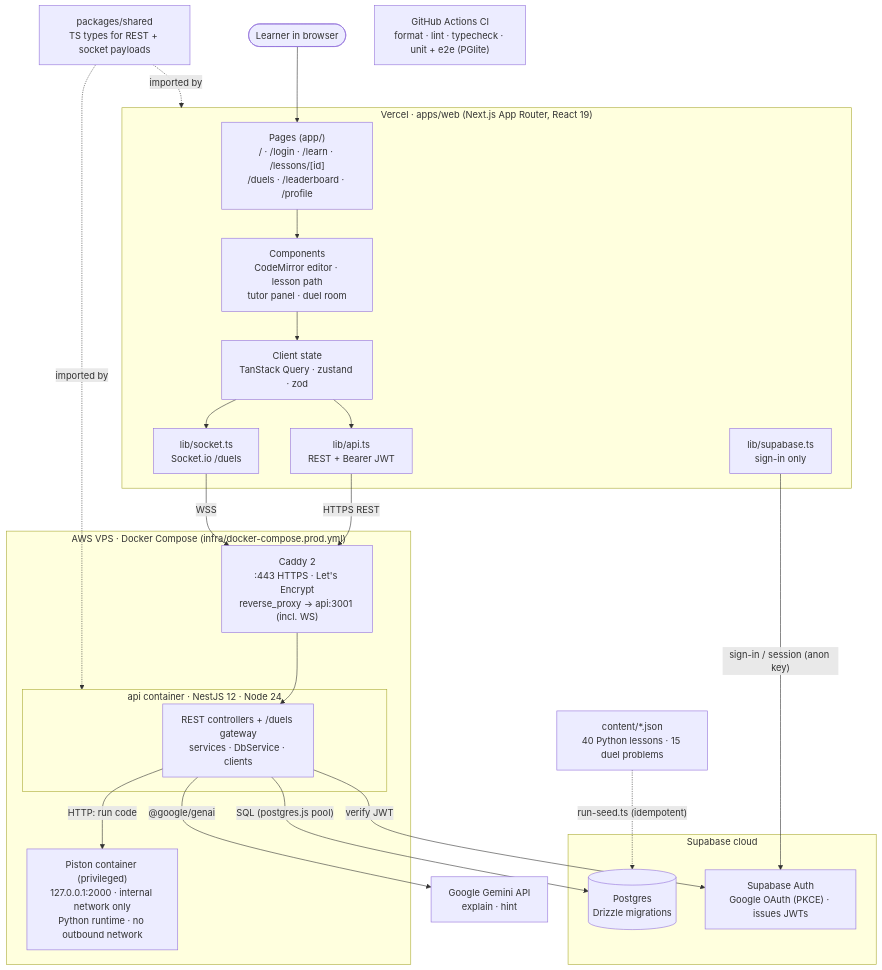
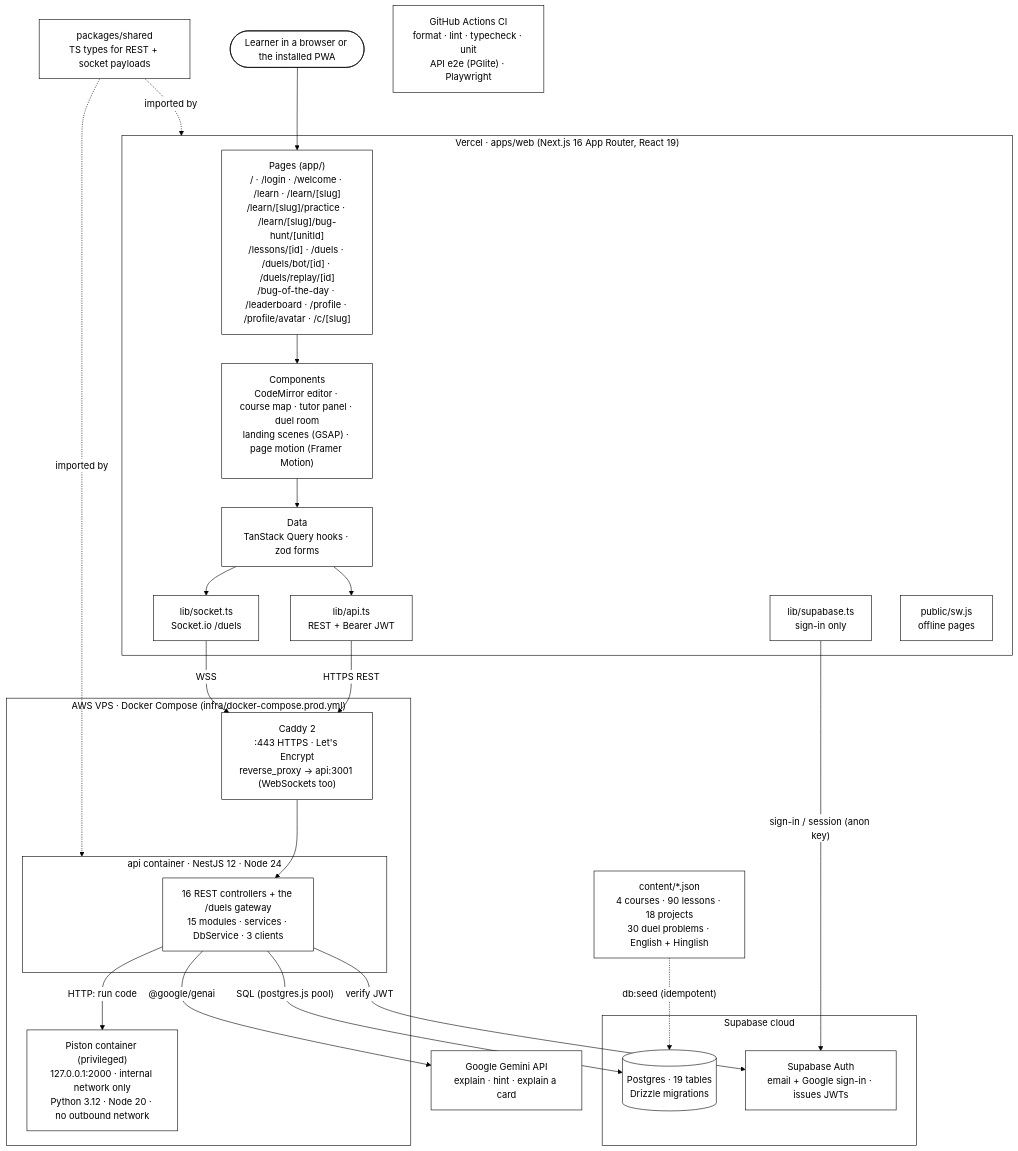
One commit to Hritik-sharmaa/loophole changed the first of 14 diagrams in docs/diagrams/architecture.md. Above: the diagram before and after it, drawn with Mermaid. The commit also changed other lines of this file and 4 other files, not shown here.

Commit message:
docs: add architecture and system design diagrams with documentation

````diff
--- a/docs/diagrams/architecture.md
+++ b/docs/diagrams/architecture.md
@@ -29,47 +35,49 @@
 ```mermaid
+%%{init: {"theme": "base", "themeVariables": {"background": "#ffffff", "primaryColor": "#ffffff", "primaryTextColor": "#000000", "primaryBorderColor": "#000000", "secondaryColor": "#ffffff", "tertiaryColor": "#ffffff", "lineColor": "#000000", "textColor": "#000000", "mainBkg": "#ffffff", "nodeBorder": "#000000", "clusterBkg": "#ffffff", "clusterBorder": "#000000", "edgeLabelBackground": "#ffffff", "titleColor": "#000000"}}}%%
 flowchart TB
-    learner([Learner in browser])
+    learner([Learner in a browser or the installed PWA])
 
-    subgraph vercel["Vercel · apps/web (Next.js App Router, React 19)"]
-        pages["Pages (app/)<br/>/ · /login · /learn · /lessons/[id]<br/>/duels · /leaderboard · /profile"]
-        ui["Components<br/>CodeMirror editor · lesson path<br/>tutor panel · duel room"]
-        state["Client state<br/>TanStack Query · zustand · zod"]
+    subgraph vercel["Vercel · apps/web (Next.js 16 App Router, React 19)"]
+        pages["Pages (app/)<br/>/ · /login · /welcome · /learn · /learn/[slug]<br/>/learn/[slug]/practice · /learn/[slug]/bug-hunt/[unitId]<br/>/lessons/[id] · /duels · /duels/bot/[id] · /duels/replay/[id]<br/>/bug-of-the-day · /leaderboard · /profile · /profile/avatar · /c/[slug]"]
+        ui["Components<br/>CodeMirror editor · course map · tutor panel · duel room<br/>landing scenes (GSAP) · page motion (Framer Motion)"]
+        data["Data<br/>TanStack Query hooks · zod forms"]
         libapi["lib/api.ts<br/>REST + Bearer JWT"]
         libsock["lib/socket.ts<br/>Socket.io /duels"]
         libsb["lib/supabase.ts<br/>sign-in only"]
-        pages --> ui --> state
-        state --> libapi
-        state --> libsock
+        sw["public/sw.js<br/>offline pages"]
+        pages --> ui --> data
+        data --> libapi
+        data --> libsock
     end
 
     subgraph vps["AWS VPS · Docker Compose (infra/docker-compose.prod.yml)"]
-        caddy["Caddy 2<br/>:443 HTTPS · Let's Encrypt<br/>reverse_proxy → api:3001 (incl. WS)"]
+        caddy["Caddy 2<br/>:443 HTTPS · Let's Encrypt<br/>reverse_proxy → api:3001 (WebSockets too)"]
         subgraph apic["api container · NestJS 12 · Node 24"]
-            api["REST controllers + /duels gateway<br/>services · DbService · clients"]
+            api["16 REST controllers + the /duels gateway<br/>15 modules · services · DbService · 3 clients"]
         end
-        piston["Piston container (privileged)<br/>127.0.0.1:2000 · internal network only<br/>Python runtime · no outbound network"]
+        piston["Piston container (privileged)<br/>127.0.0.1:2000 · internal network only<br/>Python 3.12 · Node 20 · no outbound network"]
     end
 
     subgraph supa["Supabase cloud"]
-        pg[("Postgres<br/>Drizzle migrations")]
-        sbauth["Supabase Auth<br/>Google OAuth (PKCE) · issues JWTs"]
+        pg[("Postgres · 19 tables<br/>Drizzle migrations")]
+        sbauth["Supabase Auth<br/>email + Google sign-in · issues JWTs"]
     end
 
-    gemini["Google Gemini API<br/>explain · hint"]
+    gemini["Google Gemini API<br/>explain · hint · explain a card"]
     shared["packages/shared<br/>TS types for REST + socket payloads"]
-    content["content/*.json<br/>40 Python lessons · 15 duel problems"]
-    ci["GitHub Actions CI<br/>format · lint · typecheck · unit + e2e (PGlite)"]
+    content["content/*.json<br/>4 courses · 90 lessons · 18 projects<br/>30 duel problems · English + Hinglish"]
+    ci["GitHub Actions CI<br/>format · lint · typecheck · unit<br/>API e2e (PGlite) · Playwright"]
 
     learner --> pages
     libapi -- "HTTPS REST" --> caddy
     libsock -- "WSS" --> caddy
     libsb -- "sign-in / session (anon key)" --> sbauth
     caddy --> api
     api -- "HTTP: run code" --> piston
     api -- "SQL (postgres.js pool)" --> pg
     api -- "verify JWT" --> sbauth
     api -- "@google/genai" --> gemini
-    content -. "run-seed.ts (idempotent)" .-> pg
+    content -. "db:seed (idempotent)" .-> pg
     shared -. "imported by" .-> vercel
     shared -. "imported by" .-> apic
 ```
````
